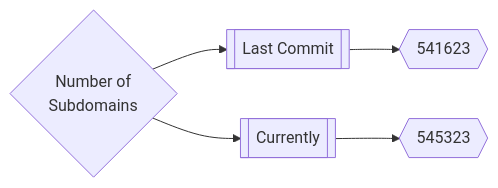
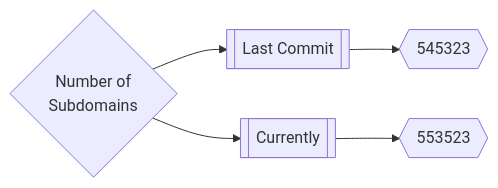
The first of 3 diagrams in README.md (trickest/inventory), drawn with Mermaid before and after one commit. The commit also changed other lines of this file, not shown here.

Commit message:
Update Sun Mar 13 19:40:15 UTC 2022

````diff
--- a/README.md
+++ b/README.md
@@ -165,5 +165,5 @@
 ```mermaid
 graph LR
-title{Number of<br>Subdomains} --> subdomainsDate1[[Last Commit]] --> subdomainsNum1{{541623}}
-title --> subdomainsDate2[[Currently]] --> subdomainsNum2{{545323}}
+title{Number of<br>Subdomains} --> subdomainsDate1[[Last Commit]] --> subdomainsNum1{{545323}}
+title --> subdomainsDate2[[Currently]] --> subdomainsNum2{{553523}}
 ```
````
